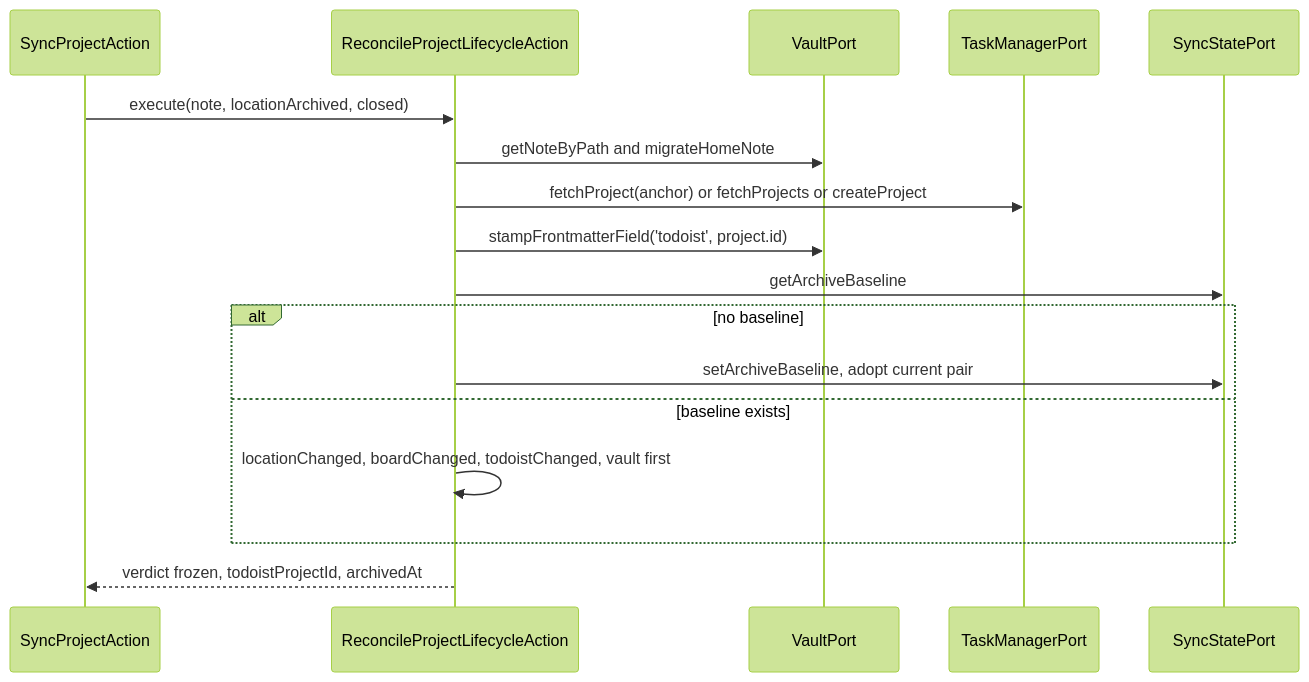
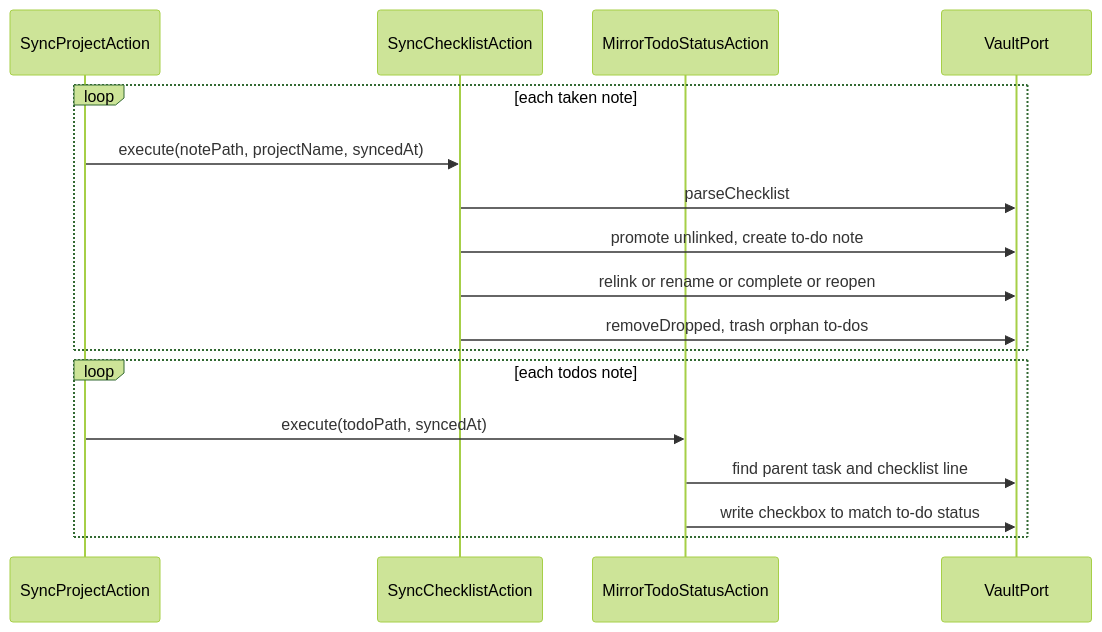
Before and after one commit to 99linesofcode/obsidian-project-management: diagram 14 of 18 in docs/developer-manual.md, drawn with Mermaid (forest theme). The commit also changed other lines of this file and 1 other file, not shown here.

First line of the commit message:
docs: rewrite the manual and architecture for the multi-adapter core

````diff
--- a/docs/developer-manual.md
+++ b/docs/developer-manual.md
@@ -685,20 +687,20 @@
 ```mermaid
 sequenceDiagram
   participant SP as SyncProjectAction
-  participant Life as ReconcileProjectLifecycleAction
+  participant Chk as SyncChecklistAction
+  participant Mir as MirrorTodoStatusAction
   participant V as VaultPort
-  participant TM as TaskManagerPort
-  participant SS as SyncStatePort
 
-  SP->>Life: execute(note, locationArchived, closed)
-  Life->>V: getNoteByPath and migrateHomeNote
-  Life->>TM: fetchProject(anchor) or fetchProjects or createProject
-  Life->>V: stampFrontmatterField('todoist', project.id)
-  Life->>SS: getArchiveBaseline
-  alt no baseline
-    Life->>SS: setArchiveBaseline, adopt current pair
-  else baseline exists
-    Life->>Life: locationChanged, boardChanged, todoistChanged, vault first
+  loop each taken note
+    SP->>Chk: execute(notePath, projectName, syncedAt)
+    Chk->>V: parseChecklist
+    Chk->>V: promote unlinked, create to-do note
+    Chk->>V: relink or rename or complete or reopen
+    Chk->>V: removeDropped, trash orphan to-dos
   end
-  Life-->>SP: verdict frozen, todoistProjectId, archivedAt
+  loop each todos note
+    SP->>Mir: execute(todoPath, syncedAt)
+    Mir->>V: find parent task and checklist line
+    Mir->>V: write checkbox to match to-do status
+  end
 ```
````
